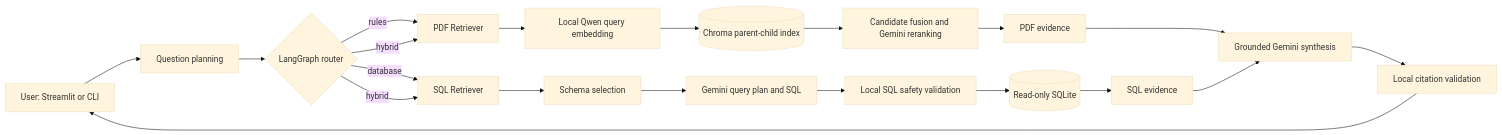
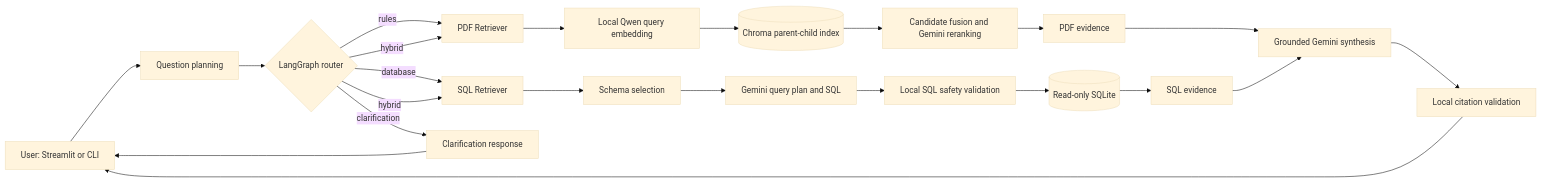
The diagram in docs/architecture.md (AnningMa/warhammer-agent), drawn with Mermaid (base theme) before and after one commit. The commit also changed other lines of this file, not shown here.

Commit message:
Clarify agent runtime flow

````diff
--- a/docs/architecture.md
+++ b/docs/architecture.md
@@ -87,25 +87,27 @@
 ```mermaid
 flowchart LR
     U[User: Streamlit or CLI] --> P[Question planning]
     P --> R{LangGraph router}
     R -->|rules| PDF[PDF Retriever]
     R -->|database| SQL[SQL Retriever]
     R -->|hybrid| PDF
     R -->|hybrid| SQL
+    R -->|clarification| CL[Clarification response]
 
     PDF --> Q[Local Qwen query embedding]
     Q --> C[(Chroma parent-child index)]
     C --> RR[Candidate fusion and Gemini reranking]
     RR --> E[PDF evidence]
 
     SQL --> S[Schema selection]
     S --> G[Gemini query plan and SQL]
     G --> V[Local SQL safety validation]
     V --> D[(Read-only SQLite)]
     D --> T[SQL evidence]
 
     E --> A[Grounded Gemini synthesis]
     T --> A
     A --> CV[Local citation validation]
     CV --> U
+    CL --> U
 ```
````
